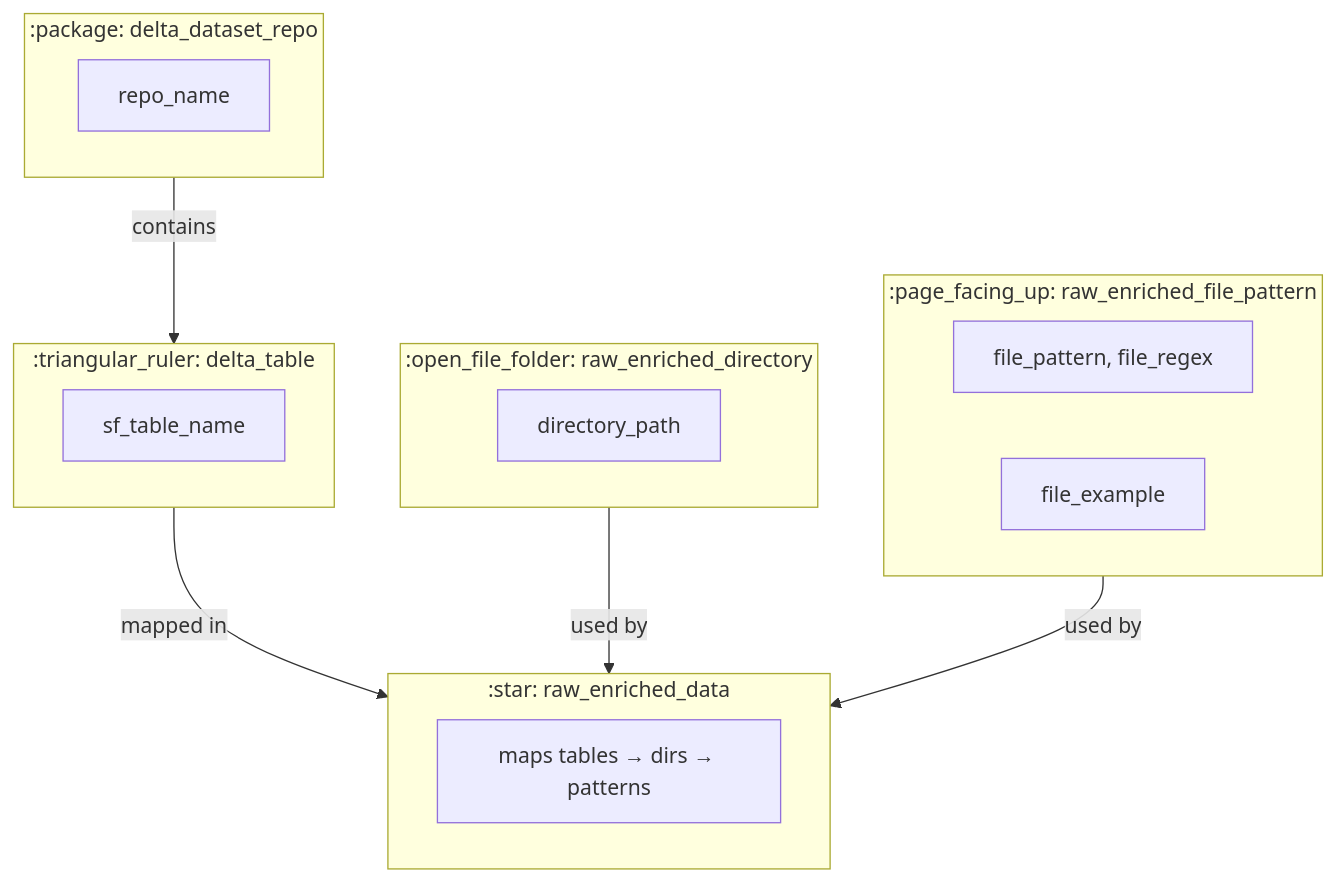
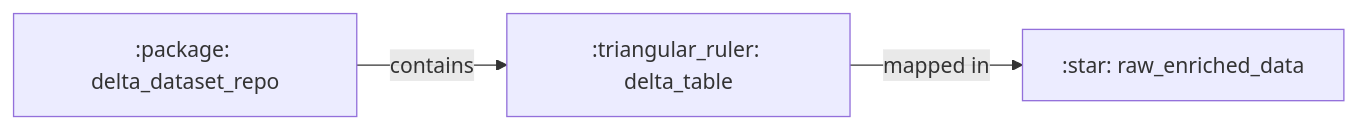
One commit to ThanuMahee12/AgentContext changed diagram 16 of 22 in docs/brainstorms/investigation-db.md. Above: the diagram before and after it, drawn with Mermaid. The commit also changed other lines of this file, not shown here.

Commit message:
docs: add full table details with columns and relationships

````diff
--- a/docs/brainstorms/investigation-db.md
+++ b/docs/brainstorms/investigation-db.md
@@ -283,28 +467,5 @@
 ```mermaid
-flowchart TB
-    subgraph Repo[":package: delta_dataset_repo"]
-        DR1["repo_name"]
-    end
-
-    subgraph Table[":triangular_ruler: delta_table"]
-        DT1["sf_table_name"]
-    end
-
-    subgraph Dir[":open_file_folder: raw_enriched_directory"]
-        RED1["directory_path"]
-    end
-
-    subgraph Pattern[":page_facing_up: raw_enriched_file_pattern"]
-        REP1["file_pattern, file_regex"]
-        REP2["file_example"]
-    end
-
-    subgraph Data[":star: raw_enriched_data"]
-        RD1["maps tables → dirs → patterns"]
-    end
-
-    Repo -->|contains| Table
-    Table -->|mapped in| Data
-    Dir -->|used by| Data
-    Pattern -->|used by| Data
+flowchart LR
+    R[":package: delta_dataset_repo"] -->|contains| T[":triangular_ruler: delta_table"]
+    T -->|mapped in| D[":star: raw_enriched_data"]
 ```
````
